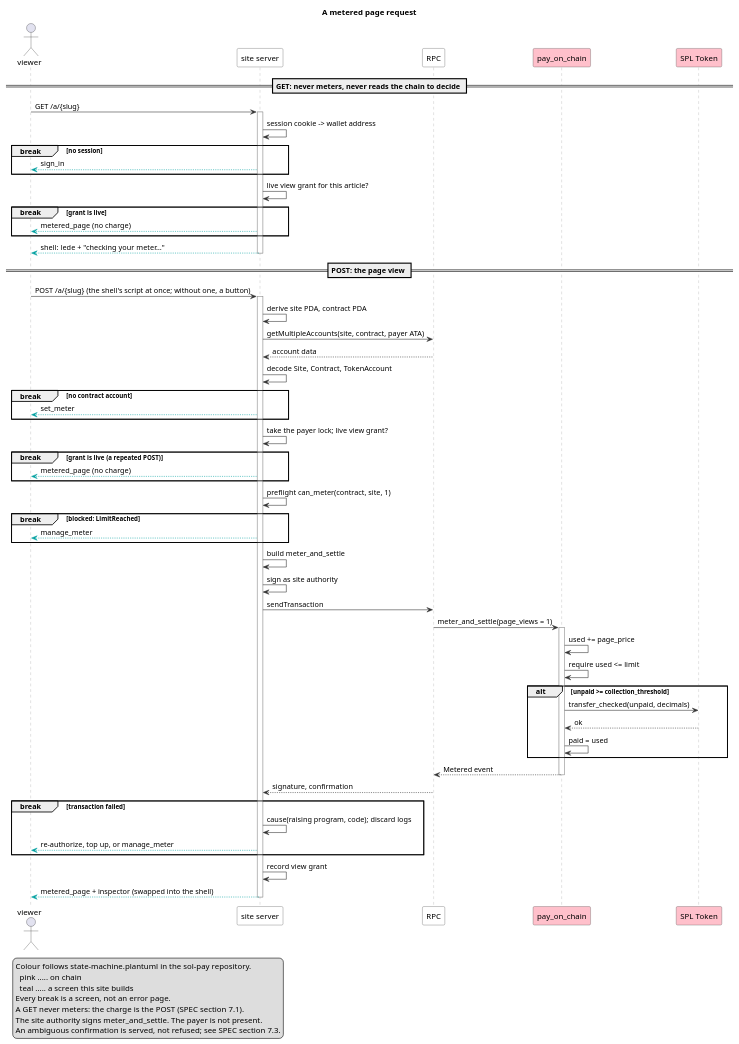
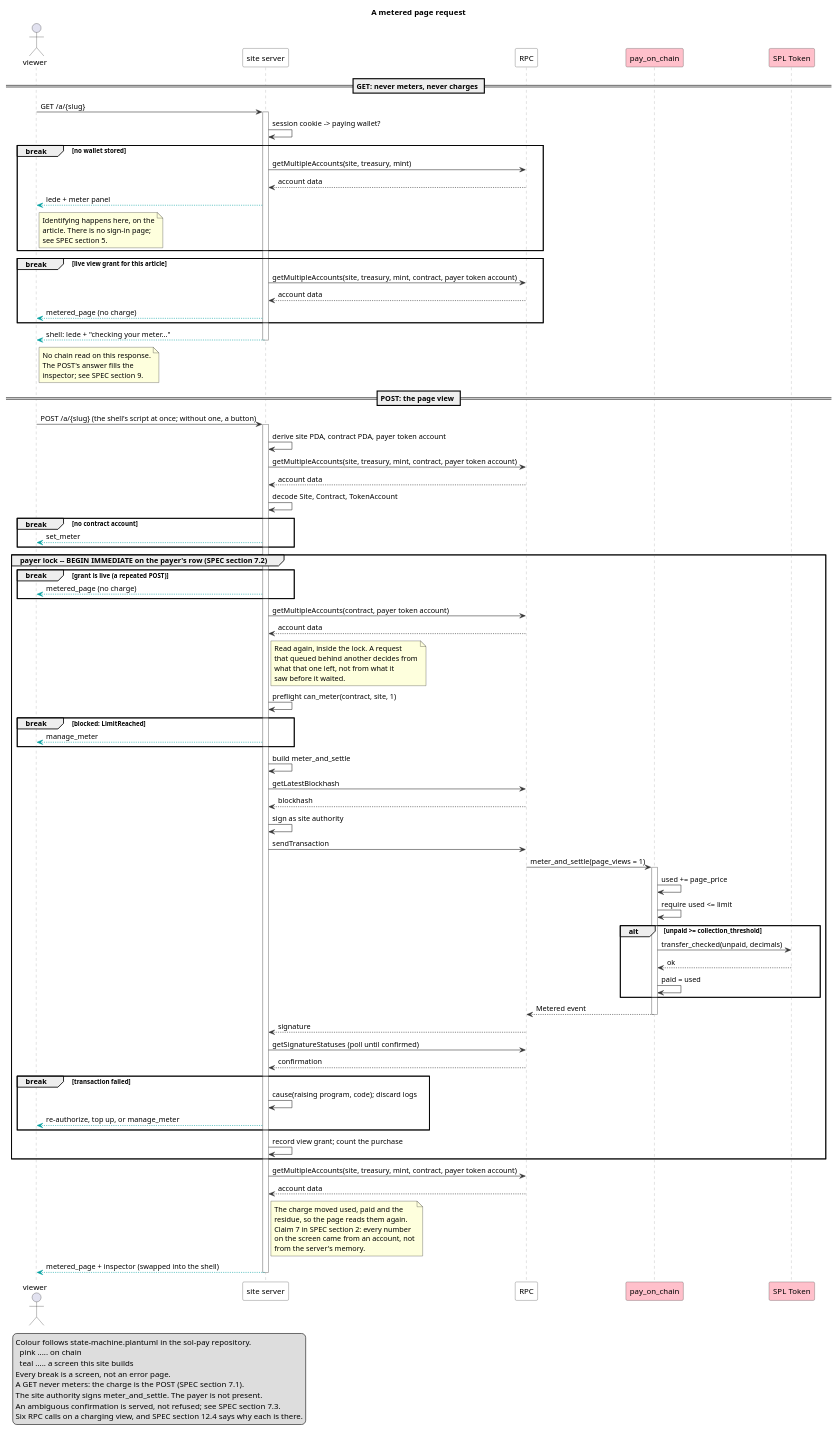
One commit to wbreeze/sol-pay-demonstrator changed the diagram in metered-request.plantuml. Above: the diagram before and after it, drawn with PlantUML. The commit also changed 2 other files, not shown here.

Commit message:
Review spec, make edits, update call diagram

```diff
--- a/metered-request.plantuml
+++ b/metered-request.plantuml
@@ -1,95 +1,139 @@
 @startuml
 
 title A metered page request
 
 skinparam shadowing false
 skinparam sequence {
   ArrowColor #333333
   LifeLineBorderColor #999999
   ParticipantBorderColor #333333
   ParticipantBackgroundColor #FFFFFF
 }
 
 actor "viewer" as V
 participant "site server" as S
 participant "RPC" as R
 participant "pay_on_chain" as P #pink
 participant "SPL Token" as T #pink
 
-== GET: never meters, never reads the chain to decide ==
+== GET: never meters, never charges ==
 
 V -> S : GET /a/{slug}
 activate S
 
-S -> S : session cookie -> wallet address
-break no session
-  S -[#00A0A0]-> V : sign_in
+S -> S : session cookie -> paying wallet?
+
+break no wallet stored
+  S -> R : getMultipleAccounts(site, treasury, mint)
+  R --> S : account data
+  S -[#00A0A0]-> V : lede + meter panel
+  note right of V
+    Identifying happens here, on the
+    article. There is no sign-in page;
+    see SPEC section 5.
+  end note
 end
 
-S -> S : live view grant for this article?
-break grant is live
+break live view grant for this article
+  S -> R : getMultipleAccounts(site, treasury, mint, contract, payer token account)
+  R --> S : account data
   S -[#00A0A0]-> V : metered_page (no charge)
 end
 
-S -[#00A0A0]-> V : shell: lede + "checking your meter…"
+S -[#00A0A0]-> V : shell: lede + "checking your meter..."
+note right of V
+  No chain read on this response.
+  The POST's answer fills the
+  inspector; see SPEC section 9.
+end note
 deactivate S
 
 == POST: the page view ==
 
 V -> S : POST /a/{slug} (the shell's script at once; without one, a button)
 activate S
 
-S -> S : derive site PDA, contract PDA
-S -> R : getMultipleAccounts(site, contract, payer ATA)
+S -> S : derive site PDA, contract PDA, payer token account
+S -> R : getMultipleAccounts(site, treasury, mint, contract, payer token account)
 R --> S : account data
 S -> S : decode Site, Contract, TokenAccount
+
 break no contract account
   S -[#00A0A0]-> V : set_meter
 end
 
-S -> S : take the payer lock; live view grant?
-break grant is live (a repeated POST)
-  S -[#00A0A0]-> V : metered_page (no charge)
+group payer lock -- BEGIN IMMEDIATE on the payer's row (SPEC section 7.2)
+
+  break grant is live (a repeated POST)
+    S -[#00A0A0]-> V : metered_page (no charge)
+  end
+
+  S -> R : getMultipleAccounts(contract, payer token account)
+  R --> S : account data
+  note right of S
+    Read again, inside the lock. A request
+    that queued behind another decides from
+    what that one left, not from what it
+    saw before it waited.
+  end note
+
+  S -> S : preflight can_meter(contract, site, 1)
+  break blocked: LimitReached
+    S -[#00A0A0]-> V : manage_meter
+  end
+
+  S -> S : build meter_and_settle
+  S -> R : getLatestBlockhash
+  R --> S : blockhash
+  S -> S : sign as site authority
+
+  S -> R : sendTransaction
+  R -> P : meter_and_settle(page_views = 1)
+  activate P
+  P -> P : used += page_price
+  P -> P : require used <= limit
+  alt unpaid >= collection_threshold
+    P -> T : transfer_checked(unpaid, decimals)
+    T --> P : ok
+    P -> P : paid = used
+  end
+  P --> R : Metered event
+  deactivate P
+  R --> S : signature
+
+  S -> R : getSignatureStatuses (poll until confirmed)
+  R --> S : confirmation
+
+  break transaction failed
+    S -> S : cause(raising program, code); discard logs
+    S -[#00A0A0]-> V : re-authorize, top up, or manage_meter
+  end
+
+  S -> S : record view grant; count the purchase
 end
 
-S -> S : preflight can_meter(contract, site, 1)
-break blocked: LimitReached
-  S -[#00A0A0]-> V : manage_meter
-end
+S -> R : getMultipleAccounts(site, treasury, mint, contract, payer token account)
+R --> S : account data
+note right of S
+  The charge moved used, paid and the
+  residue, so the page reads them again.
+  Claim 7 in SPEC section 2: every number
+  on the screen came from an account, not
+  from the server's memory.
+end note
 
-S -> S : build meter_and_settle
-S -> S : sign as site authority
-S -> R : sendTransaction
-R -> P : meter_and_settle(page_views = 1)
-activate P
-P -> P : used += page_price
-P -> P : require used <= limit
-alt unpaid >= collection_threshold
-  P -> T : transfer_checked(unpaid, decimals)
-  T --> P : ok
-  P -> P : paid = used
-end
-P --> R : Metered event
-deactivate P
-R --> S : signature, confirmation
-
-break transaction failed
-  S -> S : cause(raising program, code); discard logs
-  S -[#00A0A0]-> V : re-authorize, top up, or manage_meter
-end
-
-S -> S : record view grant
 S -[#00A0A0]-> V : metered_page + inspector (swapped into the shell)
 deactivate S
 
 legend left
 Colour follows state-machine.plantuml in the sol-pay repository.
   pink ..... on chain
   teal ..... a screen this site builds
 Every break is a screen, not an error page.
 A GET never meters: the charge is the POST (SPEC section 7.1).
 The site authority signs meter_and_settle. The payer is not present.
 An ambiguous confirmation is served, not refused; see SPEC section 7.3.
+Six RPC calls on a charging view, and SPEC section 12.4 says why each is there.
 endlegend
 
 @enduml
```
